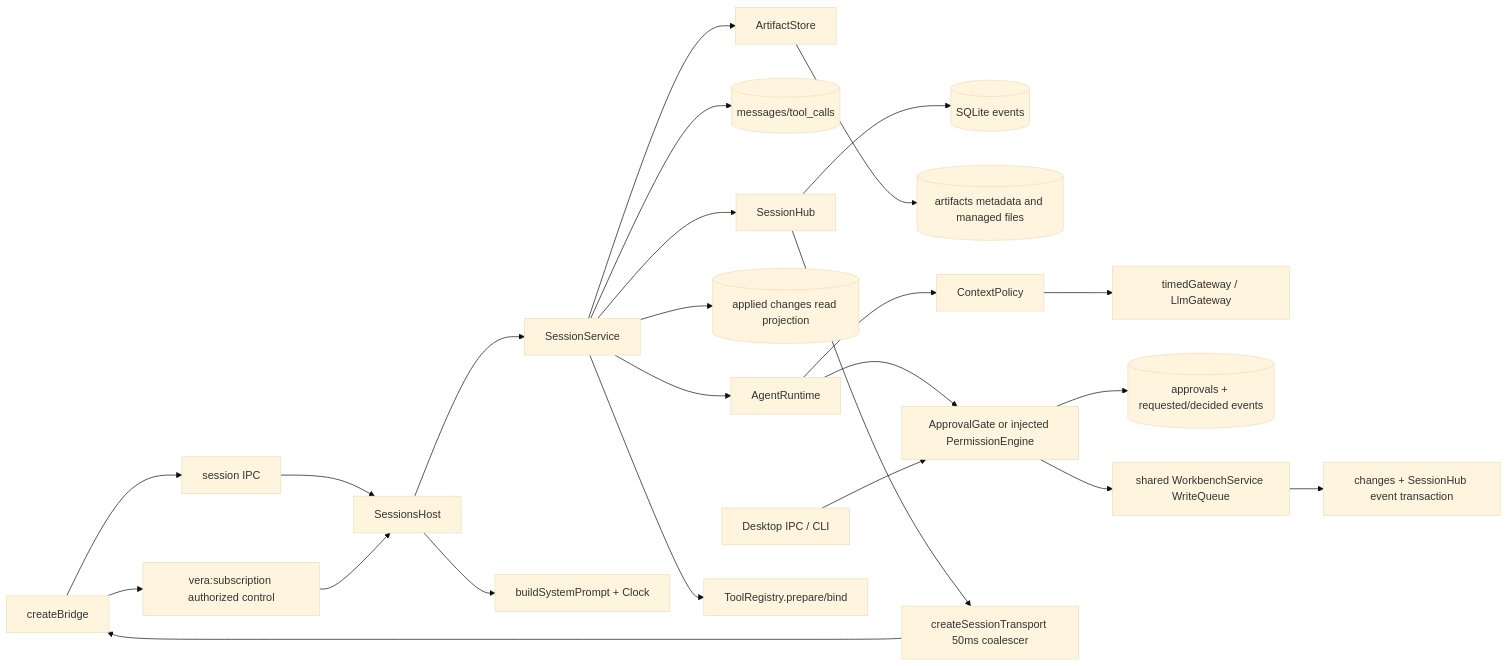
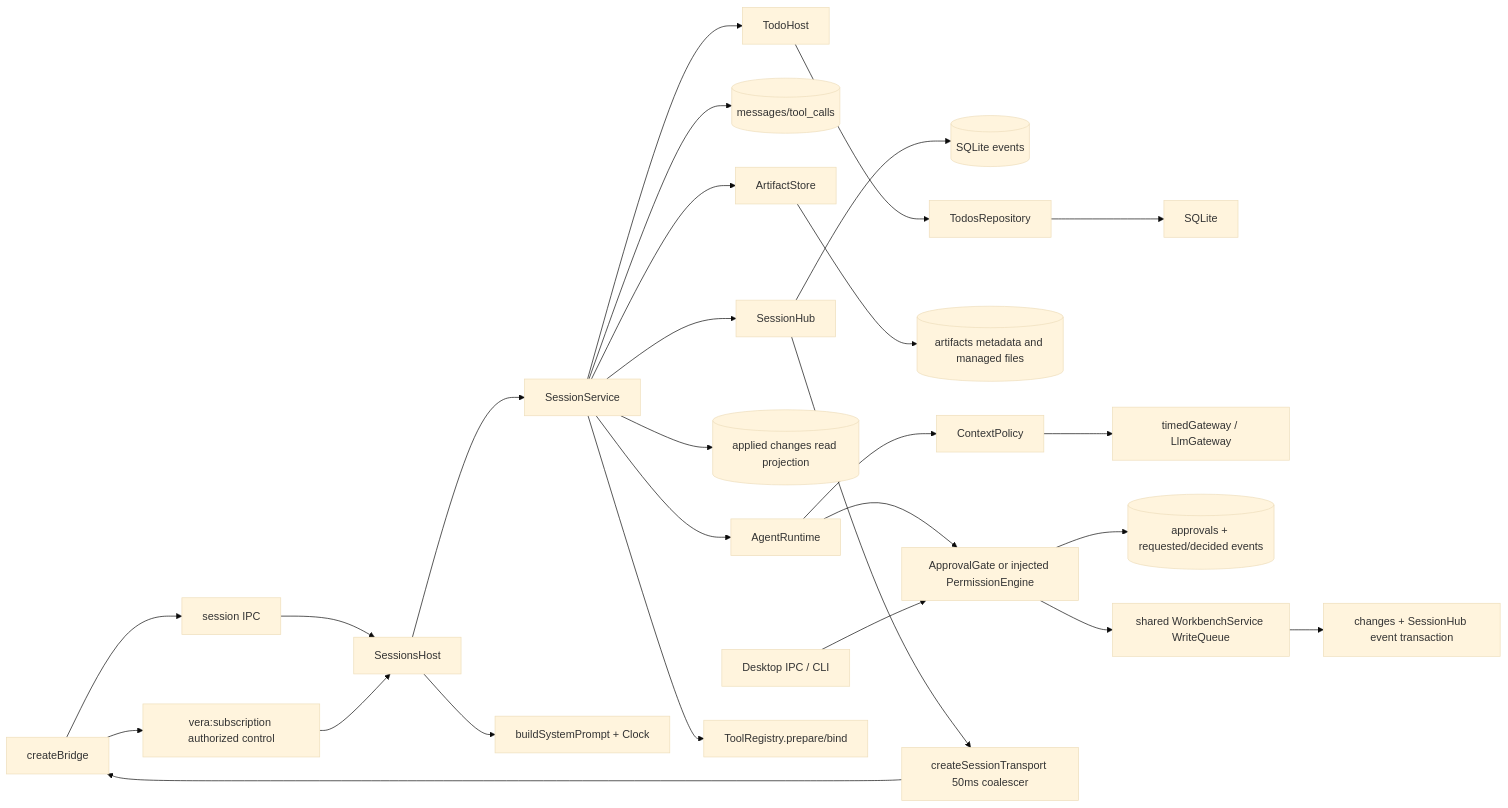
One commit to DDP-Engineering/2026_Virtual_Embedded_Rig_Assistant changed the diagram in .agentic/knowledge/sessions.md. Above: the diagram before and after it, drawn with Mermaid (base theme). The commit also changed other lines of this file and 41 other files, not shown here.

````diff
--- a/.agentic/knowledge/sessions.md
+++ b/.agentic/knowledge/sessions.md
@@ -55,26 +56,27 @@
 ```mermaid
 flowchart LR
  bridge[createBridge] --> control[vera:subscription authorized control]
  bridge --> invokes[session IPC]
  invokes --> host[SessionsHost]
  control --> host
  host --> service[SessionService]
  service --> hub[SessionHub]
  hub --> events[(SQLite events)]
  service --> messages[(messages/tool_calls)]
+ service --> TodoHost --> TodosRepository --> SQLite
  service --> ArtifactStore
  ArtifactStore --> artifacts[(artifacts metadata and managed files)]
  service --> completedChanges[(applied changes read projection)]
  service --> runtime[AgentRuntime]
  runtime --> policy[ContextPolicy]
  policy --> gateway[timedGateway / LlmGateway]
  runtime --> permission[ApprovalGate or injected PermissionEngine]
  permission --> approval[(approvals + requested/decided events)]
  decision[Desktop IPC / CLI] --> permission
  permission --> queue[shared WorkbenchService WriteQueue]
  queue --> changes[changes + SessionHub event transaction]
  service --> registry[ToolRegistry.prepare/bind]
  hub --> transport[createSessionTransport 50ms coalescer]
  transport --> bridge
  host --> prompt[buildSystemPrompt + Clock]
 ```
````
